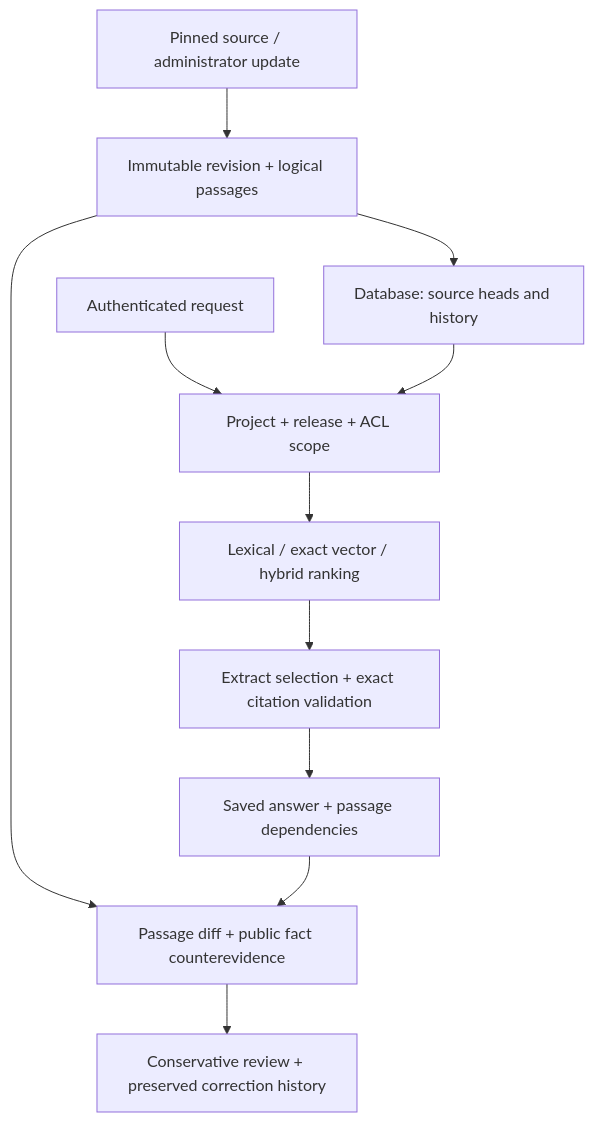
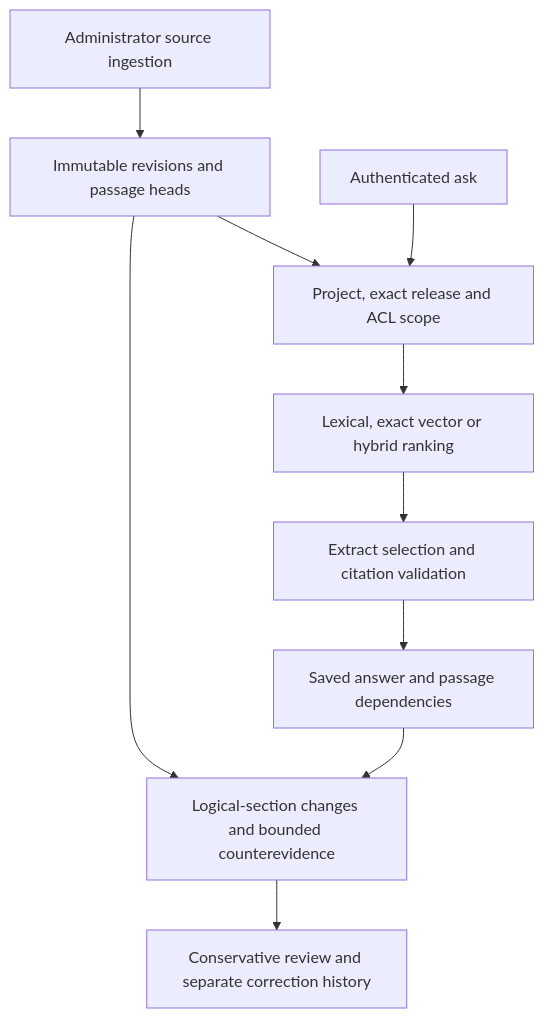
The diagram in README.md (Jill-Vekariya/ReleaseLens), drawn with Mermaid before and after one commit. The commit also changed other lines of this file, not shown here.

````diff
--- a/README.md
+++ b/README.md
@@ -69,13 +13,12 @@
 ```mermaid
 flowchart TD
-  S["Pinned source / administrator update"] --> I["Immutable revision + logical passages"]
-  I --> D["Database: source heads and history"]
-  U["Authenticated request"] --> R["Project + release + ACL scope"]
-  D --> R
-  R --> Q["Lexical / exact vector / hybrid ranking"]
-  Q --> E["Extract selection + exact citation validation"]
-  E --> A["Saved answer + passage dependencies"]
-  I --> C["Passage diff + public fact counterevidence"]
+  I["Administrator source ingestion"] --> V["Immutable revisions and passage heads"]
+  U["Authenticated ask"] --> S["Project, exact release and ACL scope"]
+  V --> S
+  S --> R["Lexical, exact vector or hybrid ranking"]
+  R --> E["Extract selection and citation validation"]
+  E --> A["Saved answer and passage dependencies"]
+  V --> C["Logical-section changes and bounded counterevidence"]
   A --> C
-  C --> V["Conservative review + preserved correction history"]
+  C --> H["Conservative review and separate correction history"]
 ```
````
